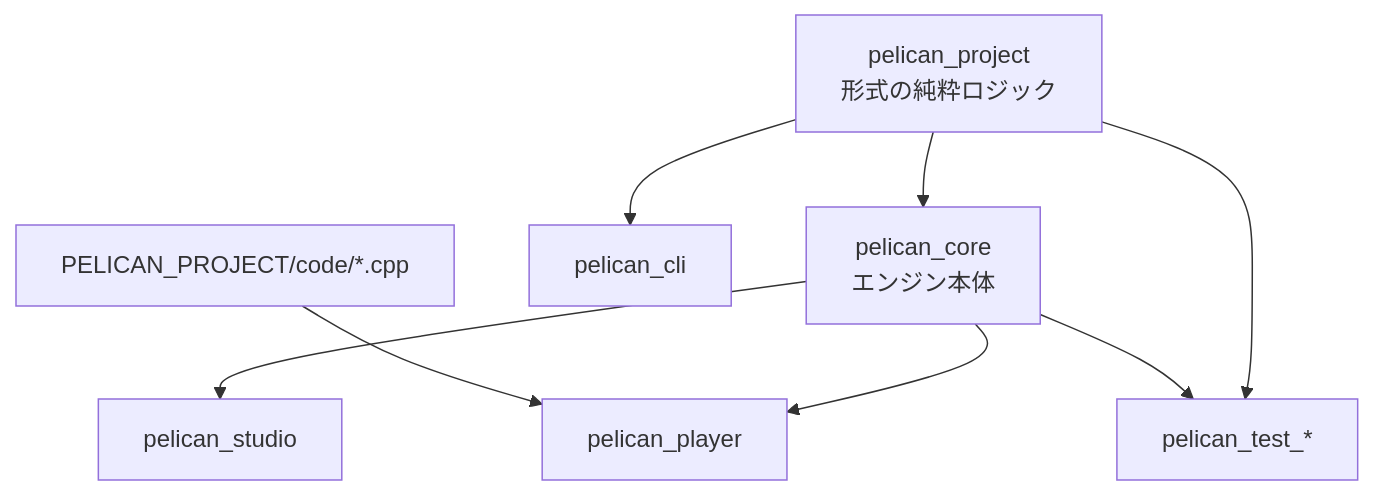
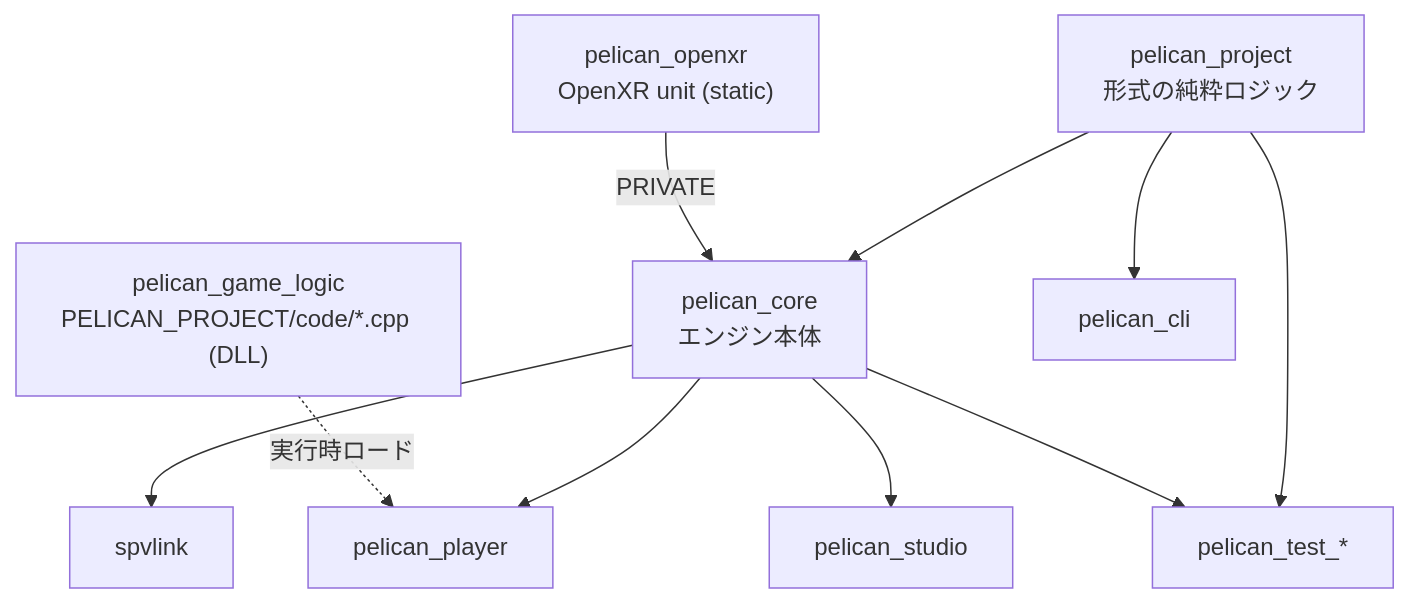
One commit to pelican-games/peligraph changed the diagram in docs/source-code-guide/01_architecture_and_build.md. Above: the diagram before and after it, drawn with Mermaid. The commit also changed other lines of this file and 20 other files, not shown here.

````diff
--- a/docs/source-code-guide/01_architecture_and_build.md
+++ b/docs/source-code-guide/01_architecture_and_build.md
@@ -22,18 +22,22 @@
 ```mermaid
 flowchart TD
     ProjectLib["pelican_project\n形式の純粋ロジック"]
     CoreLib["pelican_core\nエンジン本体"]
+    OpenXRLib["pelican_openxr\nOpenXR unit (static)"]
     Player["pelican_player"]
+    GameDLL["pelican_game_logic\nPELICAN_PROJECT/code/*.cpp (DLL)"]
     CLI["pelican_cli"]
+    SpvLink["spvlink"]
     Studio["pelican_studio"]
-    GameSources["PELICAN_PROJECT/code/*.cpp"]
     Tests["pelican_test_*"]
 
     ProjectLib --> CoreLib
+    OpenXRLib -->|PRIVATE| CoreLib
     CoreLib --> Player
-    GameSources --> Player
+    GameDLL -.->|実行時ロード| Player
     ProjectLib --> CLI
+    CoreLib --> SpvLink
     CoreLib --> Studio
     ProjectLib --> Tests
     CoreLib --> Tests
 ```
````
